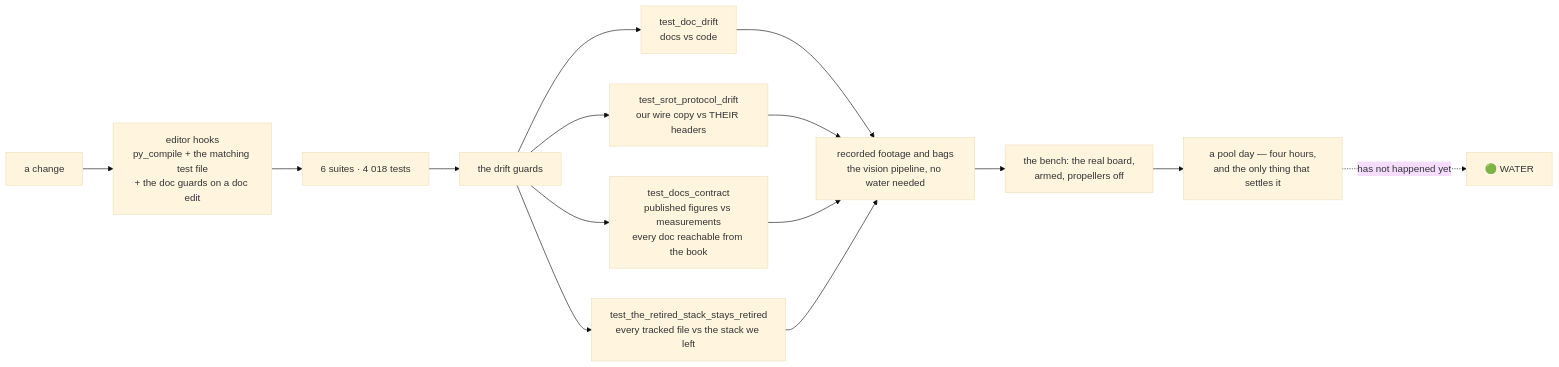
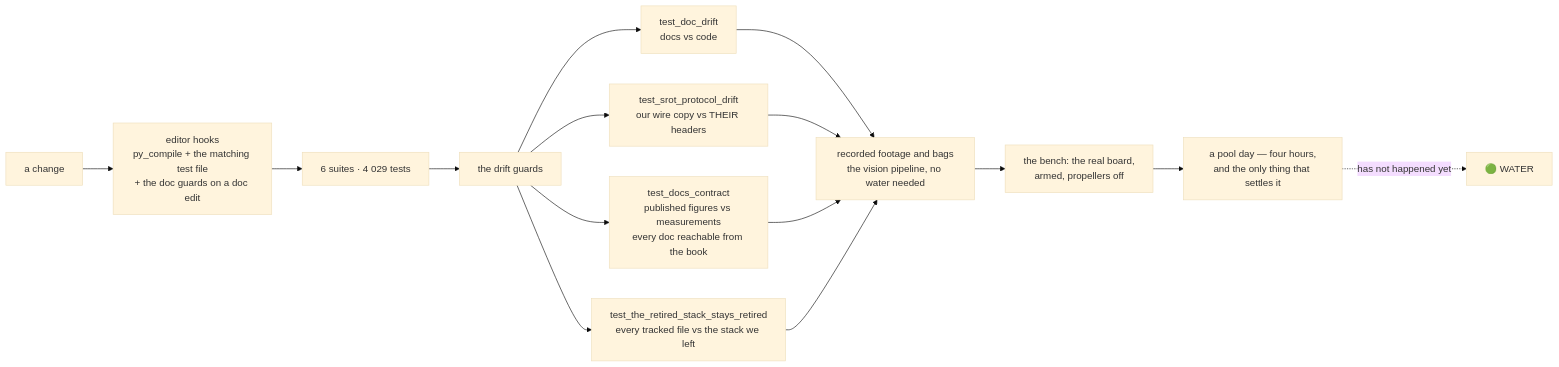
Before and after one commit to fh1m/mongla_ws: the ninth of 10 diagrams in README.md, drawn with Mermaid (base theme). The commit also changed other lines of this file and 23 other files, not shown here.

````diff
--- a/README.md
+++ b/README.md
@@ -747,17 +788,17 @@
 ```mermaid
 flowchart LR
     DEV["a change"] --> HOOK["editor hooks<br/>py_compile + the matching test file<br/>+ the doc guards on a doc edit"]
-    HOOK --> UNIT["6 suites · 4 018 tests"]
+    HOOK --> UNIT["6 suites · 4 029 tests"]
     UNIT --> GUARD["the drift guards"]
     GUARD --> G1["test_doc_drift<br/>docs vs code"]
     GUARD --> G2["test_srot_protocol_drift<br/>our wire copy vs THEIR headers"]
     GUARD --> G3["test_docs_contract<br/>published figures vs measurements<br/>every doc reachable from the book"]
     GUARD --> G4["test_the_retired_stack_stays_retired<br/>every tracked file vs the stack we left"]
     G1 --> REPLAY["recorded footage and bags<br/>the vision pipeline, no water needed"]
     G2 --> REPLAY
     G3 --> REPLAY
     G4 --> REPLAY
     REPLAY --> BENCH["the bench: the real board,<br/>armed, propellers off"]
     BENCH --> POOL["a pool day — four hours,<br/>and the only thing that settles it"]
     POOL -.->|"has not happened yet"| WATER["🟢 WATER"]
 ```
````
